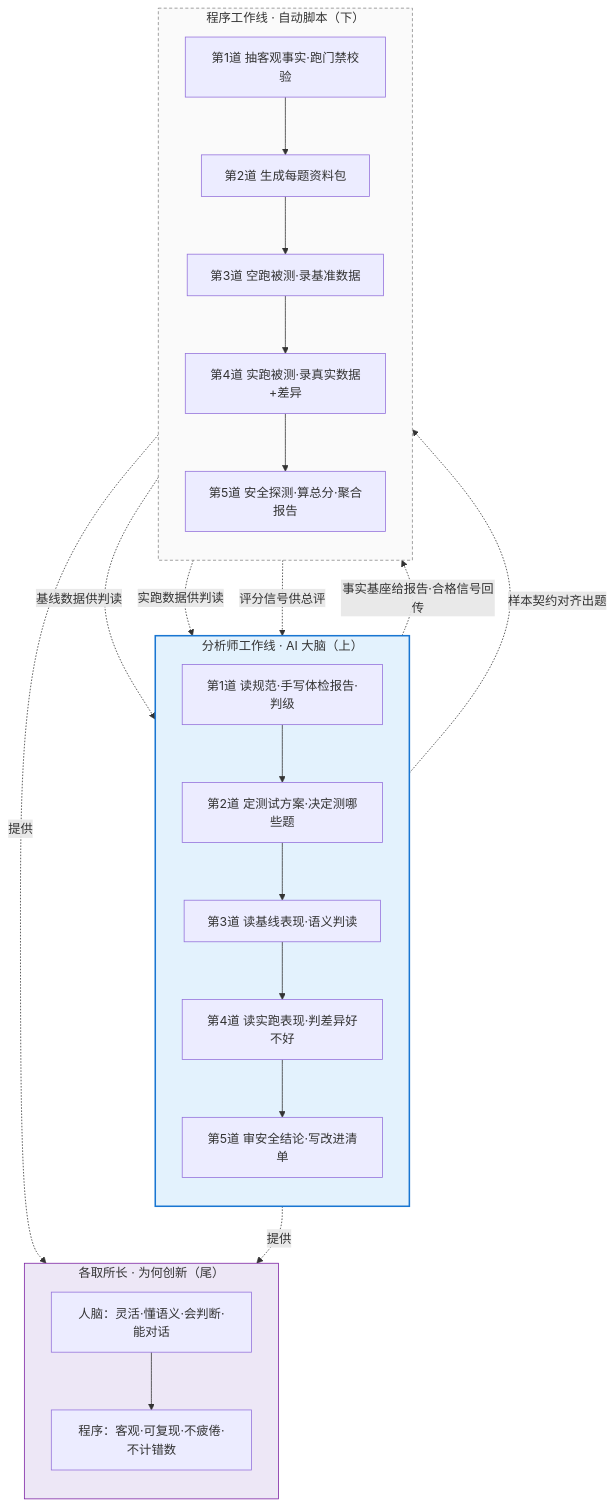
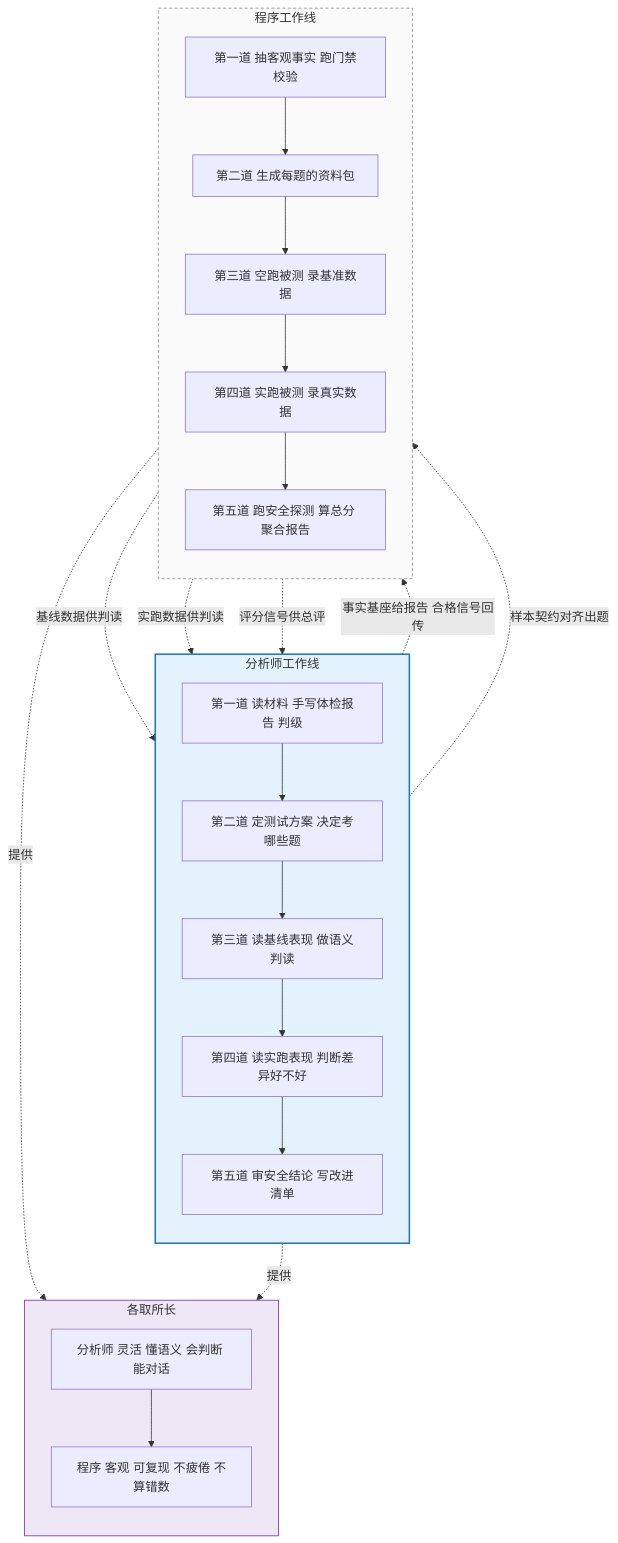
Before and after one commit to huanggq26/skill-evaluator: the ninth of 14 diagrams in references/skill-evaluation-system.md, drawn with Mermaid. The commit also changed other lines of this file, not shown here.

````diff
--- a/references/skill-evaluation-system.md
+++ b/references/skill-evaluation-system.md
@@ -228,37 +296,35 @@
 ```mermaid
 flowchart TB
-    subgraph AI线[分析师工作线 · AI 大脑（上）]
+    subgraph AI线[分析师工作线]
         direction TB
-        A0[第1道 读规范·手写体检报告·判级]
-        A1[第2道 定测试方案·决定测哪些题]
-        A2[第3道 读基线表现·语义判读]
-        A3[第4道 读实跑表现·判差异好不好]
-        A4[第5道 审安全结论·写改进清单]
+        A0[第一道 读材料 手写体检报告 判级]
+        A1[第二道 定测试方案 决定考哪些题]
+        A2[第三道 读基线表现 做语义判读]
+        A3[第四道 读实跑表现 判断差异好不好]
+        A4[第五道 审安全结论 写改进清单]
         A0 --> A1 --> A2 --> A3 --> A4
     end
-    A0 -.事实基座给报告·合格信号回传.-> C0
+    A0 -.事实基座给报告 合格信号回传.-> C0
     A1 -.样本契约对齐出题.-> C1
     C2 -.基线数据供判读.-> A2
     C3 -.实跑数据供判读.-> A3
     C4 -.评分信号供总评.-> A4
-    subgraph 程序线[程序工作线 · 自动脚本（下）]
+    subgraph 程序线[程序工作线]
         direction TB
-        C0[第1道 抽客观事实·跑门禁校验]
-        C1[第2道 生成每题资料包]
-        C2[第3道 空跑被测·录基准数据]
-        C3[第4道 实跑被测·录真实数据+差异]
-        C4[第5道 安全探测·算总分·聚合报告]
+        C0[第一道 抽客观事实 跑门禁校验]
+        C1[第二道 生成每题的资料包]
+        C2[第三道 空跑被测 录基准数据]
+        C3[第四道 实跑被测 录真实数据]
+        C4[第五道 跑安全探测 算总分 聚合报告]
         C0 --> C1 --> C2 --> C3 --> C4
     end
-    subgraph 优势[各取所长 · 为何创新（尾）]
+    subgraph 优势[各取所长]
         direction TB
-        优2[人脑：灵活·懂语义·会判断·能对话]
-        优2 --> 优1
-        优1[程序：客观·可复现·不疲倦·不计错数]
+        优2[分析师 灵活 懂语义 会判断 能对话] --> 优1[程序 客观 可复现 不疲倦 不算错数]
     end
     AI线 -.提供.-> 优2
     程序线 -.提供.-> 优1
     style AI线 fill:#e3f2fd,stroke:#1976d2,stroke-width:2px
     style 程序线 fill:#fafafa,stroke:#888,stroke-dasharray:4 3
     style 优势 fill:#ede7f6,stroke:#7b1fa2
 ```
````
